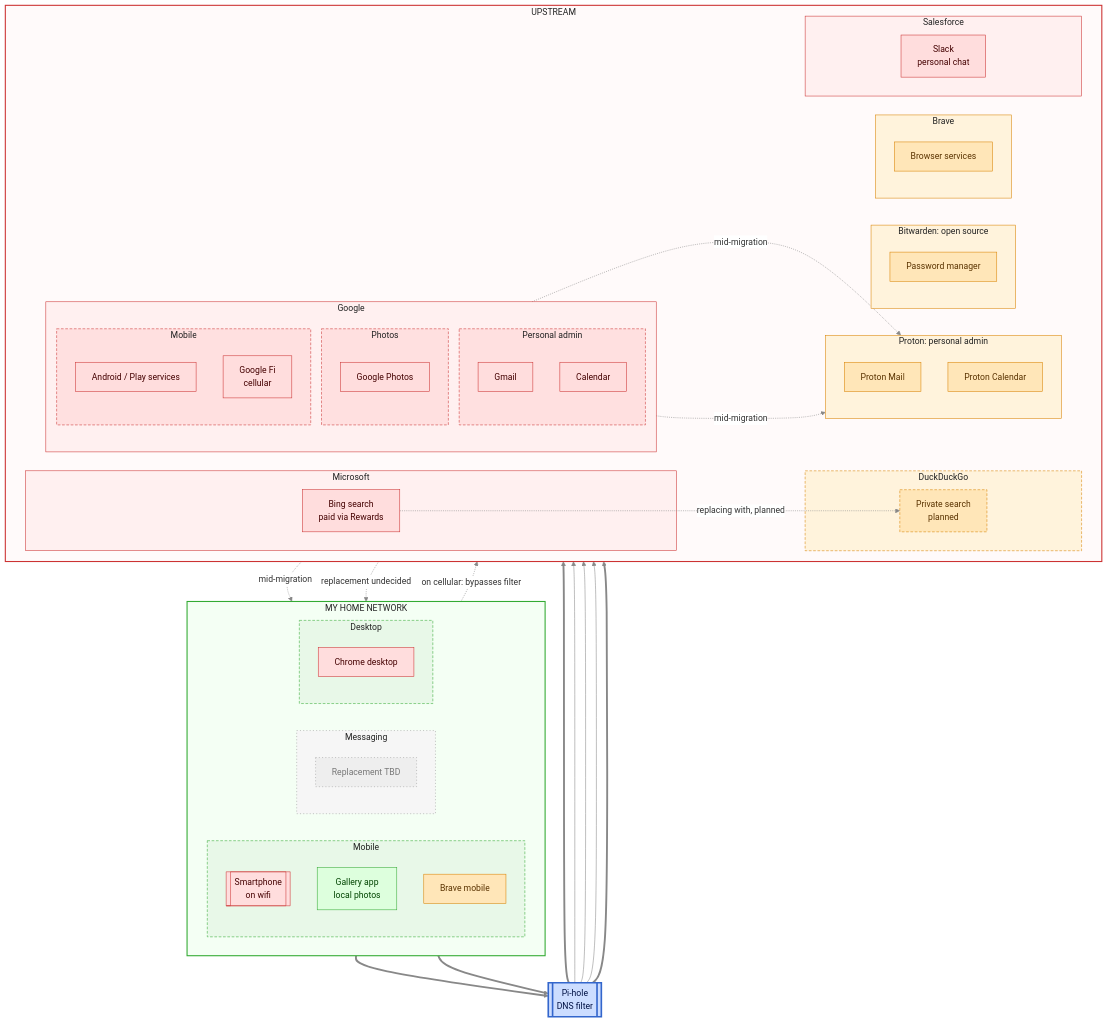
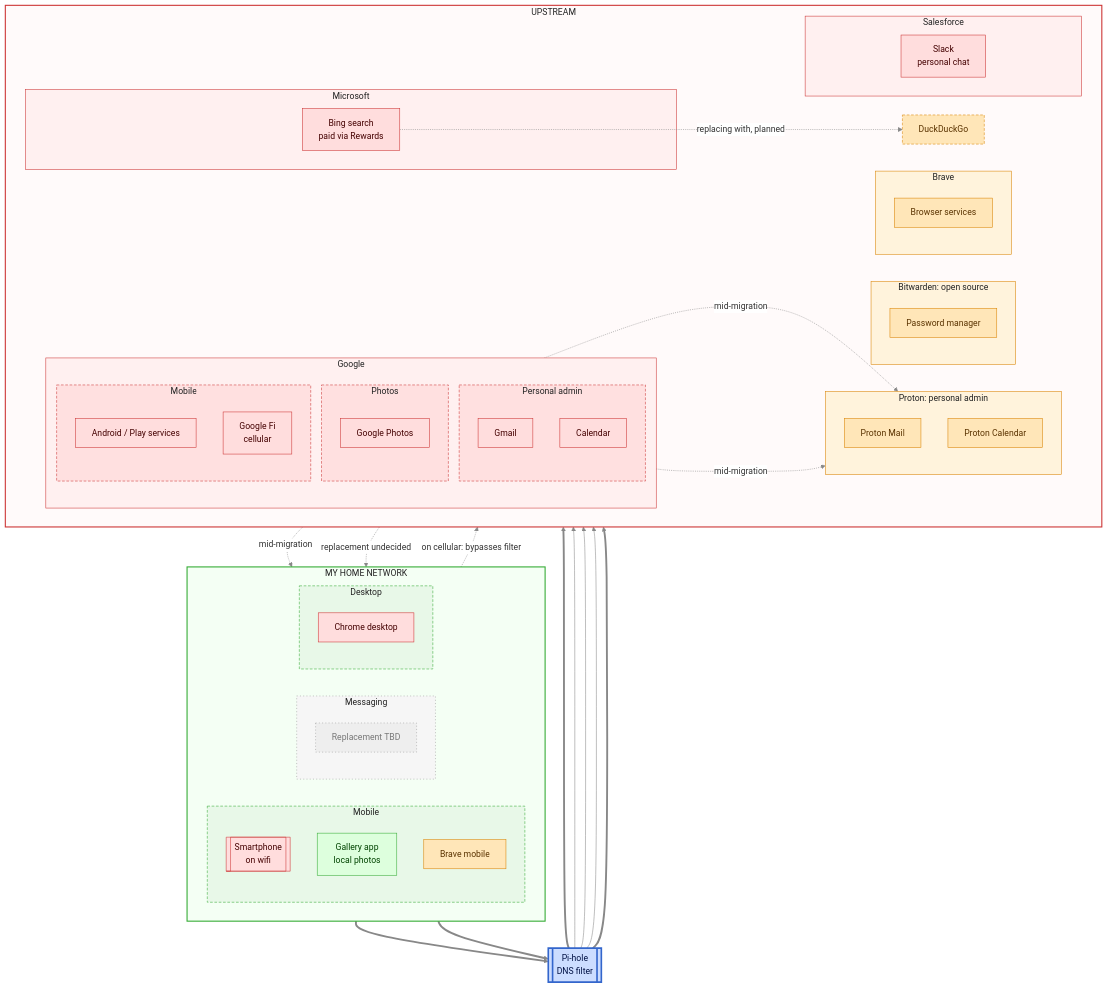
The fourth of 5 diagrams in README.md (lowlydba/torch-the-tech), drawn with Mermaid before and after one commit.

Commit message:
Simplify DuckDuckGo to a single node

```diff
--- a/README.md
+++ b/README.md
@@ -329,9 +329,7 @@
             bing[Bing search<br/>paid via Rewards]
         end
 
-        subgraph ddg["DuckDuckGo"]
-            ddgs[Private search<br/>planned]
-        end
+        ddgs[DuckDuckGo]
 
         subgraph salesforce["Salesforce"]
             slack[Slack<br/>personal chat]
@@ -375,7 +373,6 @@
     style bitwarden fill:#fff3dc,stroke:#d98200,color:#222
     style brave fill:#fff3dc,stroke:#d98200,color:#222
     style msft fill:#fff0f0,stroke:#c33,color:#222
-    style ddg fill:#fff3dc,stroke:#d98200,stroke-dasharray: 5 3,color:#222
     style ddgs stroke-dasharray: 5 3
     style salesforce fill:#fff0f0,stroke:#c33,color:#222
     style tbd fill:#f6f6f6,stroke:#999,stroke-dasharray: 2 4,color:#222
```
